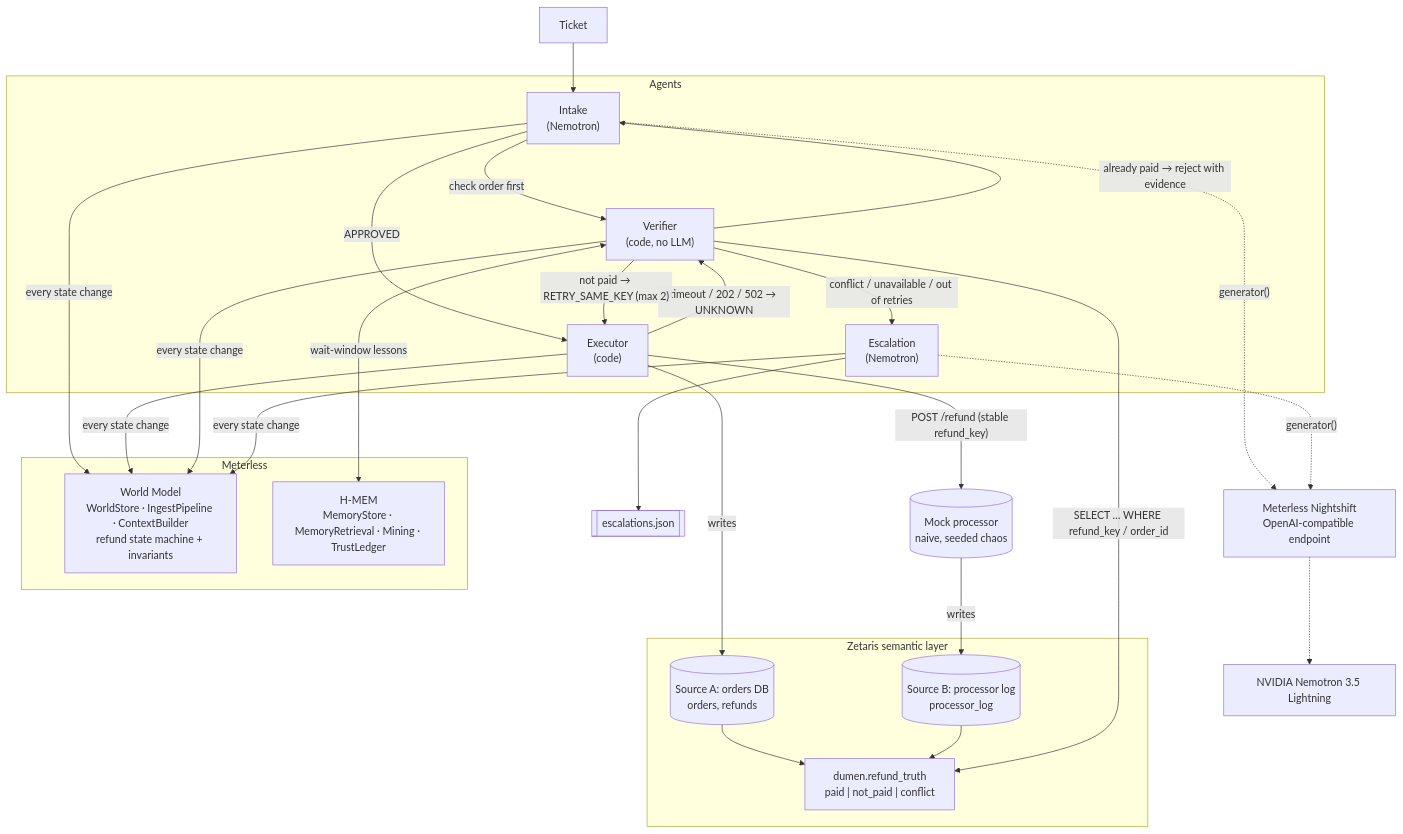
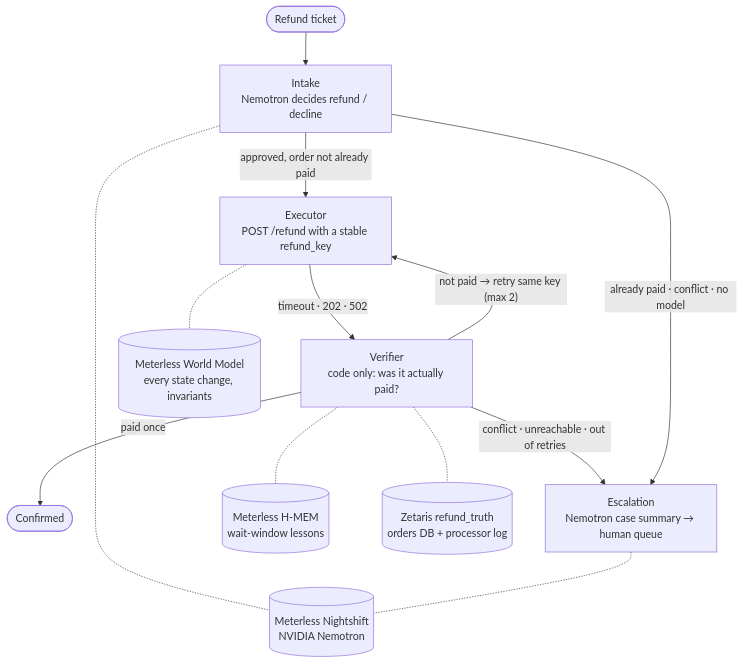
The diagram in README.md (OutstandingVick/dumen), drawn with Mermaid before and after one commit. The commit also changed other lines of this file and 6 other files, not shown here.

First line of the commit message:
Phase 4 step 3: simple README diagram, dashboard screenshots, failure modes

````diff
--- a/README.md
+++ b/README.md
@@ -30,41 +30,21 @@
 ```mermaid
 flowchart TB
-  T[Ticket] --> I
+  T([Refund ticket]) --> I["Intake<br/>Nemotron decides refund / decline"]
+  I -->|"approved, order not already paid"| E["Executor<br/>POST /refund with a stable refund_key"]
+  E -->|"timeout · 202 · 502"| V["Verifier<br/>code only: was it actually paid?"]
+  V -->|"not paid → retry same key (max 2)"| E
+  V -->|"paid once"| C([Confirmed])
+  V -->|"conflict · unreachable · out of retries"| X["Escalation<br/>Nemotron case summary → human queue"]
+  I -->|"already paid · conflict · no model"| X
 
-  subgraph Agents
-    I["Intake<br/>(Nemotron)"]
-    E["Executor<br/>(code)"]
-    V["Verifier<br/>(code, no LLM)"]
-    X["Escalation<br/>(Nemotron)"]
-  end
+  W[("Meterless World Model<br/>every state change, invariants")]
+  M[("Meterless H-MEM<br/>wait-window lessons")]
+  Z[("Zetaris refund_truth<br/>orders DB + processor log")]
+  N[("Meterless Nightshift<br/>NVIDIA Nemotron")]
 
-  I -- "check order first" --> V
-  V -- "already paid → reject with evidence" --> I
-  I -- APPROVED --> E
-  E -- "POST /refund (stable refund_key)" --> P[("Mock processor<br/>naive, seeded chaos")]
-  E -- "timeout / 202 / 502 → UNKNOWN" --> V
-  V -- "not paid → RETRY_SAME_KEY (max 2)" --> E
-  V -- "conflict / unavailable / out of retries" --> X
-  X --> Q[["escalations.json"]]
-
-  subgraph Meterless
-    W["World Model<br/>WorldStore · IngestPipeline · ContextBuilder<br/>refund state machine + invariants"]
-    M["H-MEM<br/>MemoryStore · MemoryRetrieval · Mining · TrustLedger"]
-  end
-
-  I & E & V & X -- "every state change" --> W
-  V <-- "wait-window lessons" --> M
-
-  subgraph Zetaris["Zetaris semantic layer"]
-    Z["dumen.refund_truth<br/>paid | not_paid | conflict"]
-    A[("Source A: orders DB<br/>orders, refunds")]
-    B[("Source B: processor log<br/>processor_log")]
-    A --> Z
-    B --> Z
-  end
-  V -- "SELECT … WHERE refund_key / order_id" --> Z
-  P -- writes --> B
-  E -- writes --> A
-
-  I & X -. "generator()" .-> N["Meterless Nightshift<br/>OpenAI-compatible endpoint"] -.-> NV["NVIDIA Nemotron 3.5 Lightning"]
+  V -.- Z
+  V -.- M
+  I -.- N
+  X -.- N
+  E -.- W
 ```
````
